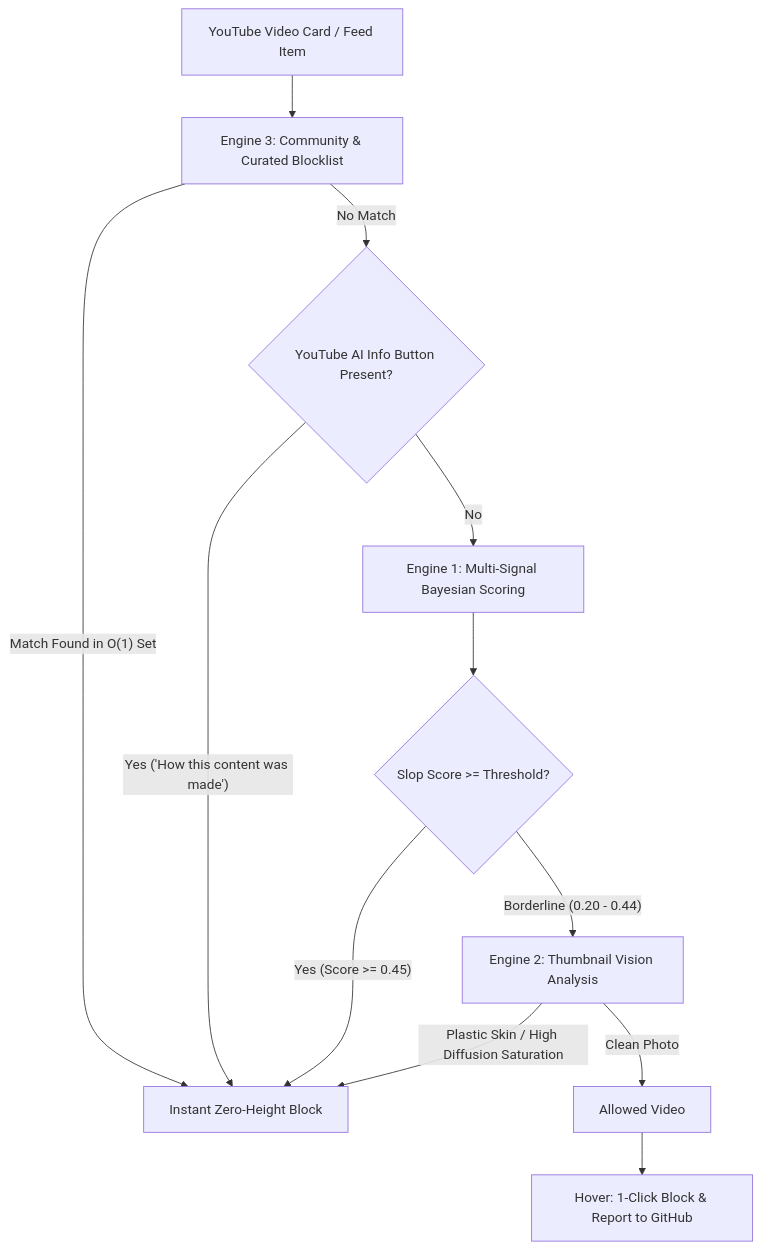
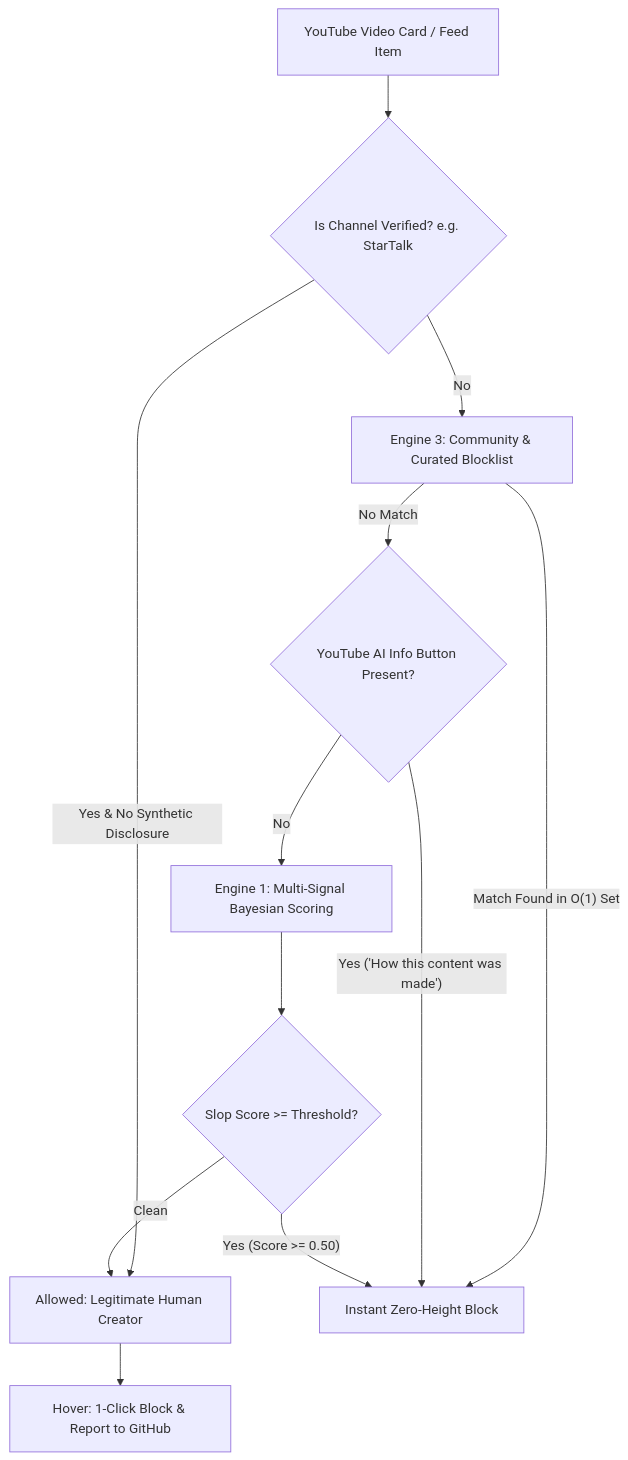
The diagram in README.md (pranav256/block-ai-slop), drawn with Mermaid before and after one commit. The commit also changed other lines of this file and 6 other files, not shown here.

Commit message:
feat(v2.5): Protect verified human creators, decouple thumbnail blocking, and refine AI topic vs slop keywords

````diff
--- a/README.md
+++ b/README.md
@@ -32,19 +33,19 @@
 ```mermaid
 flowchart TD
-    VideoCard[YouTube Video Card / Feed Item] --> Community[Engine 3: Community & Curated Blocklist]
+    VideoCard[YouTube Video Card / Feed Item] --> VerifiedCheck{Is Channel Verified? e.g. StarTalk}
+    
+    VerifiedCheck -- Yes & No Synthetic Disclosure --> Allow[Allowed: Legitimate Human Creator]
+    VerifiedCheck -- No --> Community[Engine 3: Community & Curated Blocklist]
     
     Community -- Match Found in O(1) Set --> Block[Instant Zero-Height Block]
     Community -- No Match --> DisclosureCheck{YouTube AI Info Button Present?}
     
     DisclosureCheck -- Yes ('How this content was made') --> Block
     DisclosureCheck -- No --> Bayesian[Engine 1: Multi-Signal Bayesian Scoring]
     
     Bayesian --> ScoreCheck{Slop Score >= Threshold?}
-    ScoreCheck -- Yes (Score >= 0.45) --> Block
-    ScoreCheck -- Borderline (0.20 - 0.44) --> Vision[Engine 2: Thumbnail Vision Analysis]
-    
-    Vision -- Plastic Skin / High Diffusion Saturation --> Block
-    Vision -- Clean Photo --> Allow[Allowed Video]
+    ScoreCheck -- Yes (Score >= 0.50) --> Block
+    ScoreCheck -- Clean --> Allow
     
     Allow --> Hover[Hover: 1-Click Block & Report to GitHub]
 ```
````
